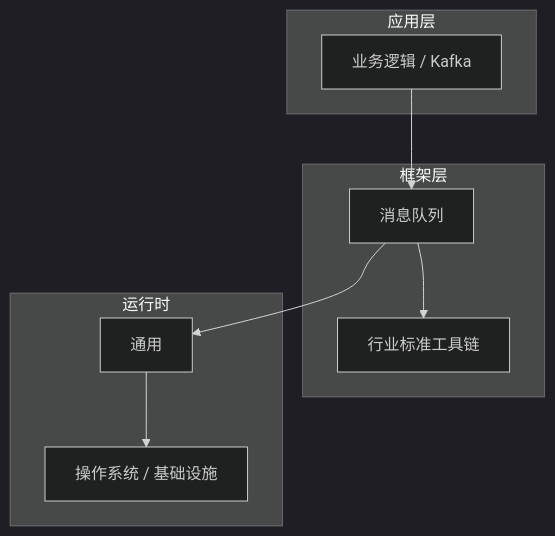
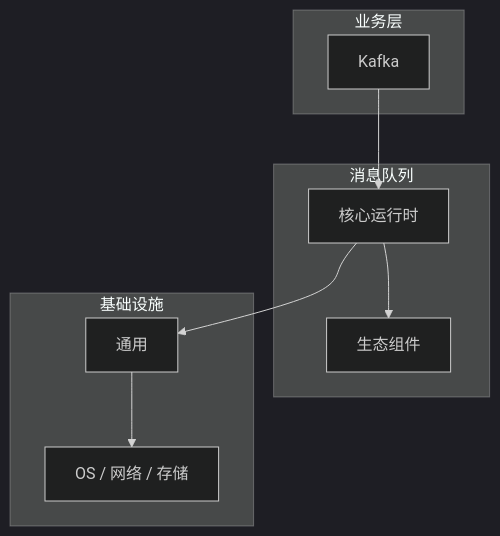
The diagram in articles/消息队列/chapters/022-Kafka核心概念与原理.md (yanggan2015/knowledge-json-v2), drawn with Mermaid (dark theme) before and after one commit. The commit also changed other lines of this file and 10127 other files, not shown here.

````diff
--- a/articles/消息队列/chapters/022-Kafka核心概念与原理.md
+++ b/articles/消息队列/chapters/022-Kafka核心概念与原理.md
@@ -45,18 +30,18 @@
 ```mermaid
 graph TB
-    subgraph 应用层
-        A[业务逻辑 / Kafka]
+    subgraph 业务层
+        A[Kafka]
     end
-    subgraph 框架层
-        B[消息队列]
-        C[行业标准工具链]
+    subgraph 消息队列
+        B[核心运行时]
+        C[生态组件]
     end
-    subgraph 运行时
+    subgraph 基础设施
         D[通用]
-        E[操作系统 / 基础设施]
+        E[OS / 网络 / 存储]
     end
     A --> B
     B --> C
     B --> D
     D --> E
 ```
````
